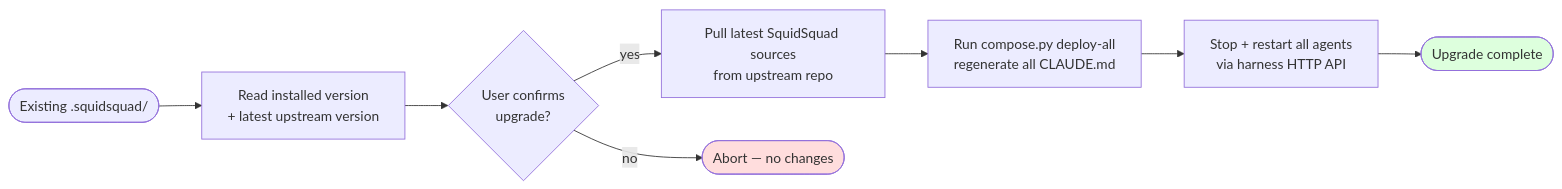
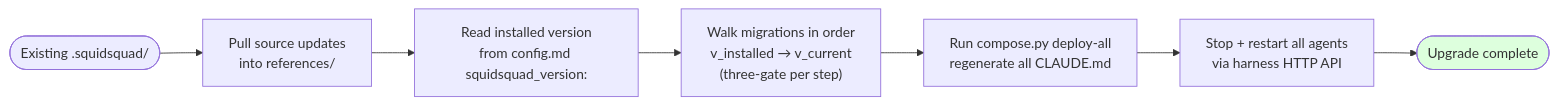
The third of 3 diagrams in docs/INSTALLER-ARCH.md (WallyDoodlez/SquidSquad), drawn with Mermaid before and after one commit. The commit also changed other lines of this file, not shown here.

````diff
--- a/docs/INSTALLER-ARCH.md
+++ b/docs/INSTALLER-ARCH.md
@@ -407,17 +407,13 @@
 ```mermaid
 flowchart LR
     Existing(["Existing .squidsquad/"])
-    Detect["Read installed version<br/>+ latest upstream version"]
-    Confirm{"User confirms<br/>upgrade?"}
-    Pull["Pull latest SquidSquad sources<br/>from upstream repo"]
+    Pull["Pull source updates<br/>into references/"]
+    ReadV["Read installed version<br/>from config.md squidsquad_version:"]
+    Walk["Walk migrations in order<br/>v_installed → v_current<br/>(three-gate per step)"]
     Recompose["Run compose.py deploy-all<br/>regenerate all CLAUDE.md"]
     Restart["Stop + restart all agents<br/>via harness HTTP API"]
     Done(["Upgrade complete"])
-    Abort(["Abort — no changes"])
 
-    Existing --> Detect --> Confirm
-    Confirm -->|"yes"| Pull --> Recompose --> Restart --> Done
-    Confirm -->|"no"| Abort
+    Existing --> Pull --> ReadV --> Walk --> Recompose --> Restart --> Done
     style Done fill:#dfd
-    style Abort fill:#fdd
 ```
````
